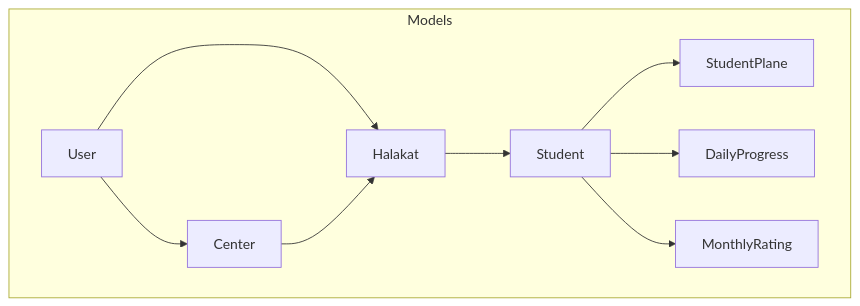
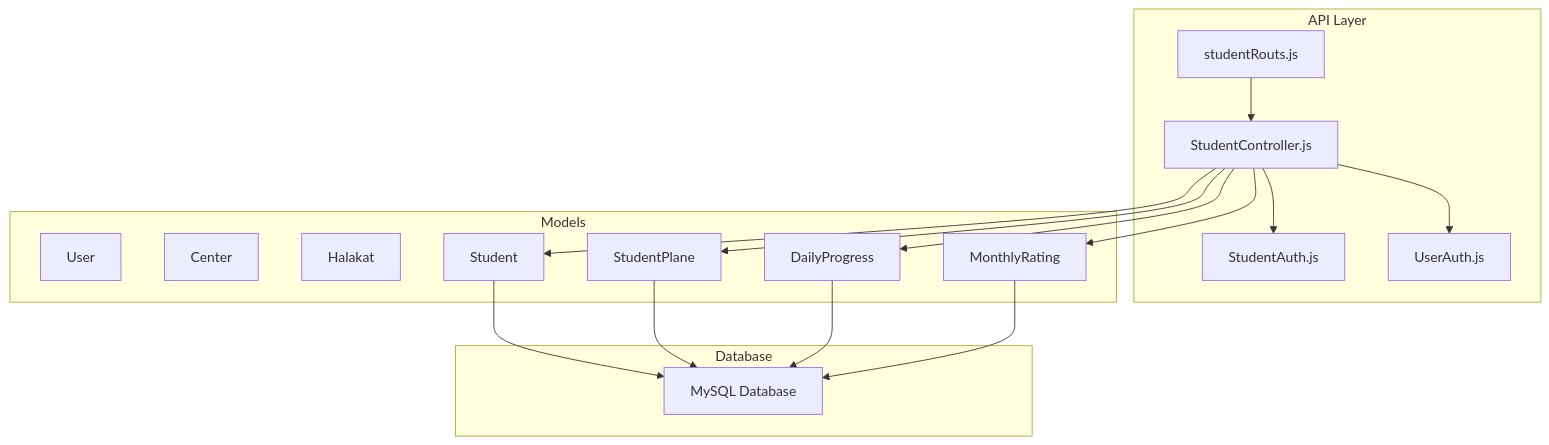
One commit to Mreng78/khirocom_project changed the first of 4 diagrams in .qoder/repowiki/en/content/Feature Modules/Student Management.md. Above: the diagram before and after it, drawn with Mermaid. The commit also changed other lines of this file and 17 other files, not shown here.

````diff
--- a/.qoder/repowiki/en/content/Feature Modules/Student Management.md
+++ b/.qoder/repowiki/en/content/Feature Modules/Student Management.md
@@ -45,19 +51,32 @@
 ```mermaid
 graph TB
+subgraph "API Layer"
+SR["studentRouts.js"]
+SC["StudentController.js"]
+SA["StudentAuth.js"]
+UA["UserAuth.js"]
+end
 subgraph "Models"
 U["User"]
 C["Center"]
 H["Halakat"]
 S["Student"]
 SP["StudentPlane"]
 DP["DailyProgress"]
 MR["MonthlyRating"]
 end
-U --> C
-U --> H
-C --> H
-H --> S
-S --> SP
-S --> DP
-S --> MR
+subgraph "Database"
+DB["MySQL Database"]
+end
+SR --> SC
+SC --> SA
+SC --> UA
+SC --> S
+SC --> SP
+SC --> DP
+SC --> MR
+S --> DB
+SP --> DB
+DP --> DB
+MR --> DB
 ```
````
